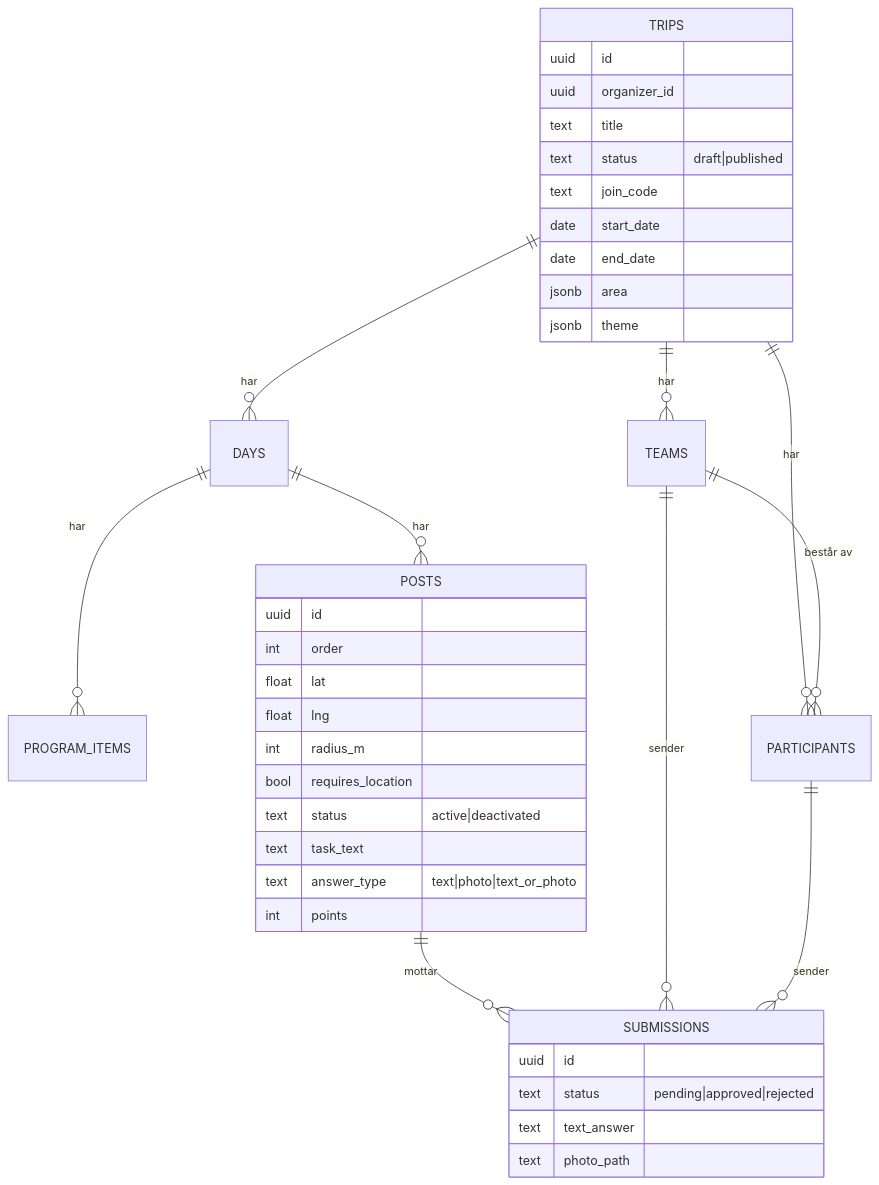
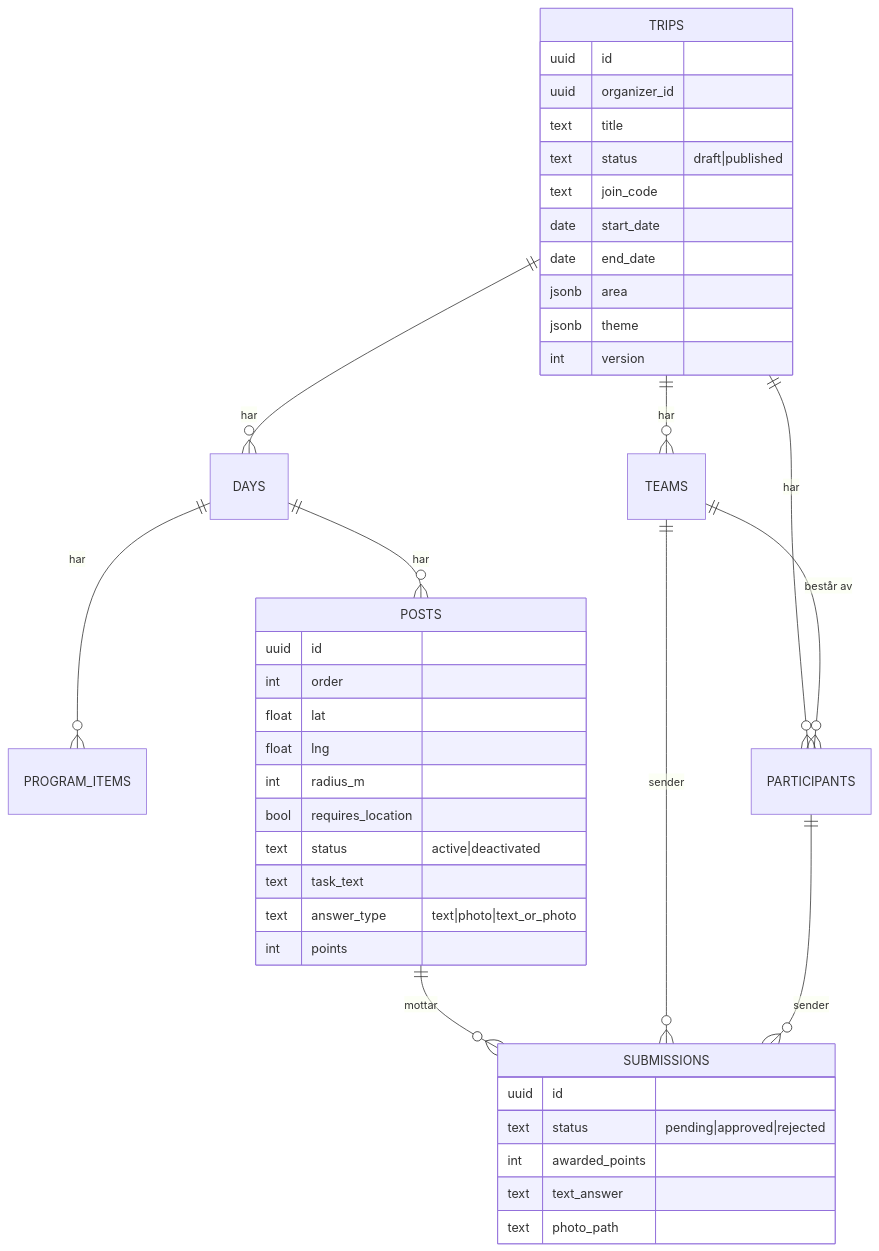
One commit to IBE160-2026/G128-johansen-rena changed the second of 3 diagrams in planning-artifacts/architecture/architecture-G128-johansen-rena-2026-10-28/ARCHITECTURE-SPINE.md. Above: the diagram before and after it, drawn with Mermaid. The commit also changed other lines of this file and 15 other files, not shown here.

````diff
--- a/planning-artifacts/architecture/architecture-G128-johansen-rena-2026-10-28/ARCHITECTURE-SPINE.md
+++ b/planning-artifacts/architecture/architecture-G128-johansen-rena-2026-10-28/ARCHITECTURE-SPINE.md
@@ -179,41 +185,43 @@
 ```mermaid
 erDiagram
   TRIPS ||--o{ DAYS : har
   DAYS ||--o{ PROGRAM_ITEMS : har
   DAYS ||--o{ POSTS : har
   TRIPS ||--o{ TEAMS : har
   TRIPS ||--o{ PARTICIPANTS : har
   TEAMS ||--o{ PARTICIPANTS : "består av"
   POSTS ||--o{ SUBMISSIONS : mottar
   TEAMS ||--o{ SUBMISSIONS : sender
   PARTICIPANTS ||--o{ SUBMISSIONS : sender
   TRIPS {
     uuid id
     uuid organizer_id
     text title
     text status "draft|published"
     text join_code
     date start_date
     date end_date
     jsonb area
     jsonb theme
+    int version
   }
   POSTS {
     uuid id
     int order
     float lat
     float lng
     int radius_m
     bool requires_location
     text status "active|deactivated"
     text task_text
     text answer_type "text|photo|text_or_photo"
     int points
   }
   SUBMISSIONS {
     uuid id
     text status "pending|approved|rejected"
+    int awarded_points
     text text_answer
     text photo_path
   }
 ```
````
